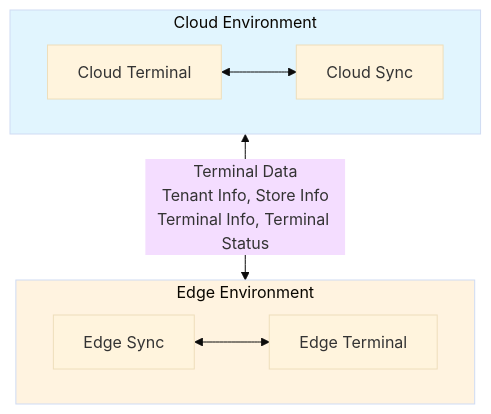
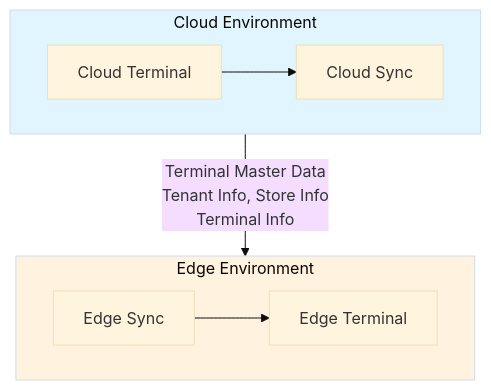
Before and after one commit to gaocuiping/kugelpos-stpos-docs-new: the ninth of 23 diagrams in notes/1-sync/03_アーキテクチャー解説書.md, drawn with Mermaid (base theme). The commit also changed other lines of this file, not shown here.

First line of the commit message:
Update architecture document to match terminal data redefinition

````diff
--- a/notes/1-sync/03_アーキテクチャー解説書.md
+++ b/notes/1-sync/03_アーキテクチャー解説書.md
@@ -303,17 +303,17 @@
 ```mermaid
 flowchart TB
     subgraph Cloud["Cloud Environment"]
         direction LR
-        CT2[Cloud Terminal] <--> CS4[Cloud Sync]
+        CT2[Cloud Terminal] --> CS4[Cloud Sync]
     end
 
     subgraph Edge["Edge Environment"]
         direction LR
-        ES4[Edge Sync] <--> ET2[Edge Terminal]
+        ES4[Edge Sync] --> ET2[Edge Terminal]
     end
 
-    CS4 <-->|Terminal Data<br/>Tenant Info, Store Info<br/>Terminal Info, Terminal Status| ES4
+    CS4 -->|Terminal Master Data<br/>Tenant Info, Store Info<br/>Terminal Info| ES4
 
     style Cloud fill:#e1f5fe
     style Edge fill:#fff3e0
 ```
````
